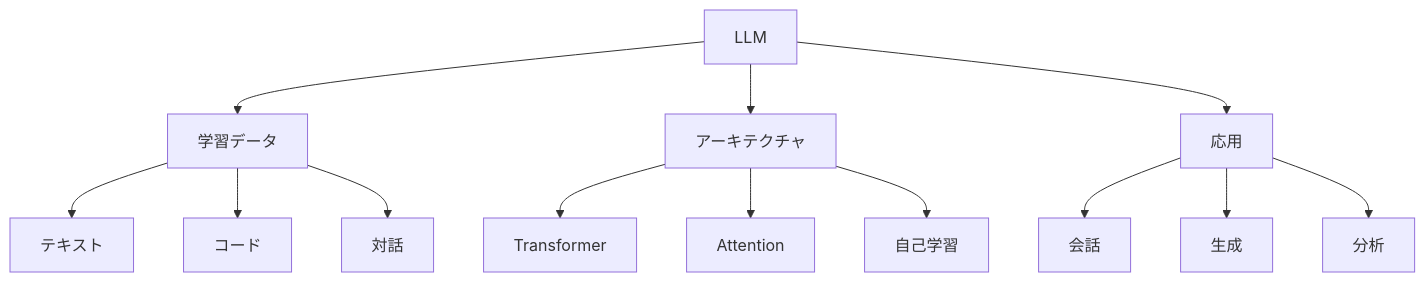
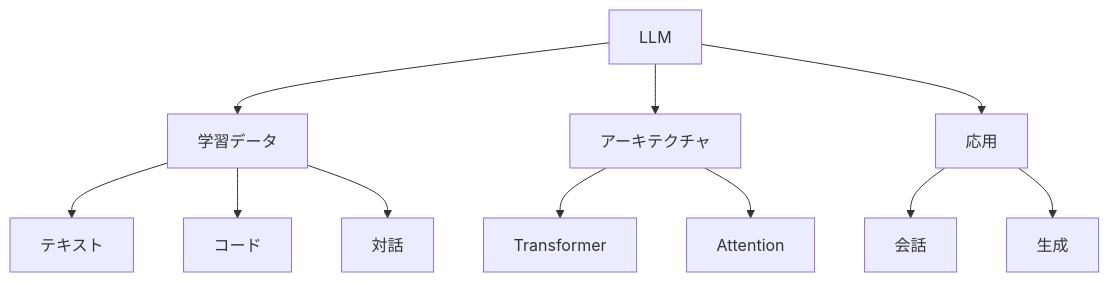
The diagram in docs/AI/100_入門_大規模言語モデル.md (haruka-aibara/haruka-aibara), drawn with Mermaid before and after one commit. The commit also changed other lines of this file and 34 other files, not shown here.

````diff
--- a/docs/AI/100_入門_大規模言語モデル.md
+++ b/docs/AI/100_入門_大規模言語モデル.md
@@ -43,18 +42,16 @@
 ```mermaid
 graph TD
     A[LLM] --> B[学習データ]
     A --> C[アーキテクチャ]
     A --> D[応用]
     
     B --> B1[テキスト]
     B --> B2[コード]
     B --> B3[対話]
     
     C --> C1[Transformer]
     C --> C2[Attention]
-    C --> C3[自己学習]
     
     D --> D1[会話]
     D --> D2[生成]
-    D --> D3[分析]
 ```
````
